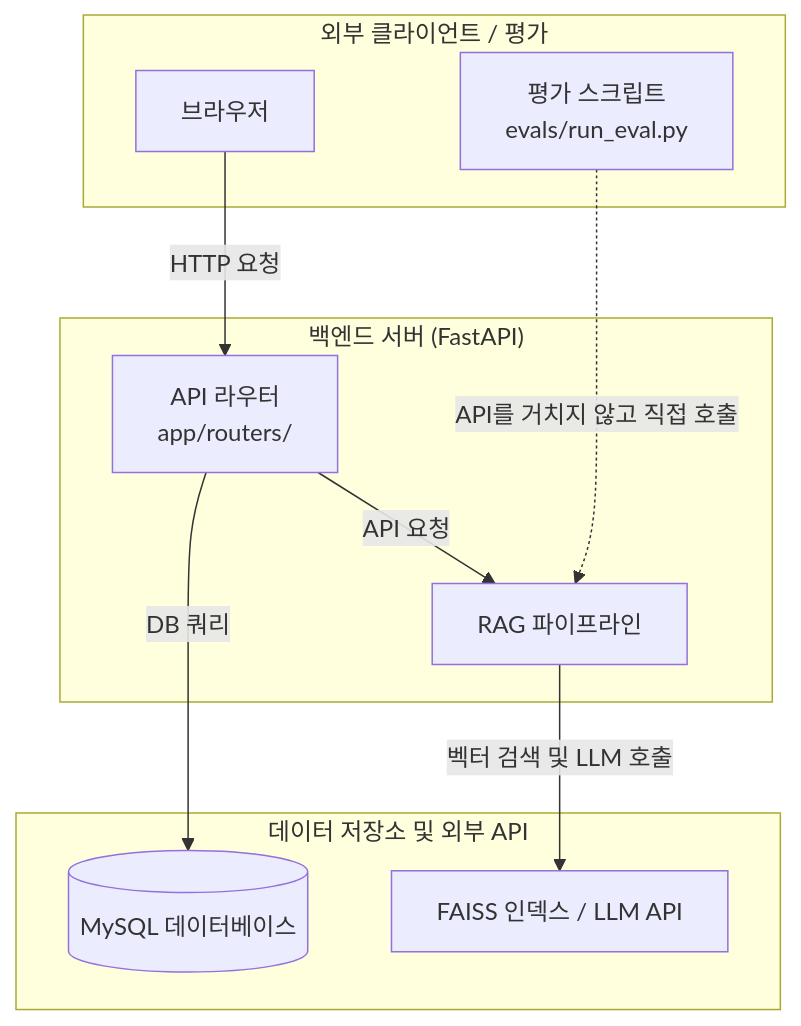
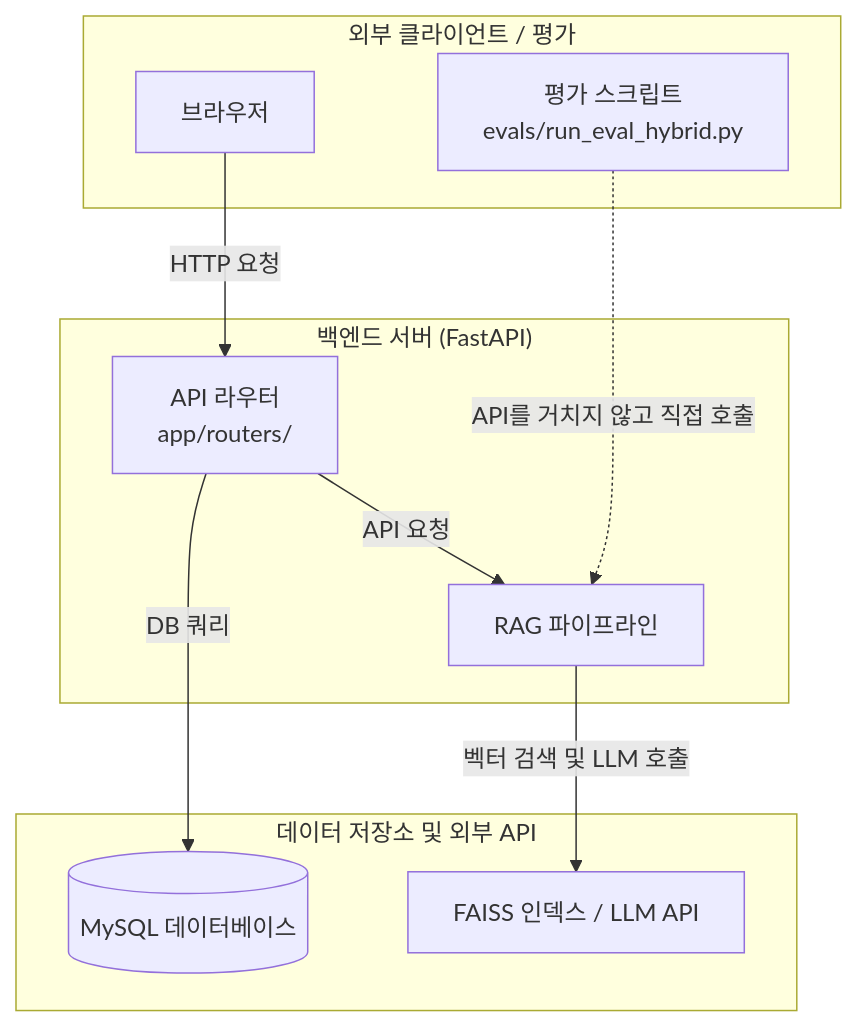
Before and after one commit to Hajungwon01/SKN32-3rd-3Team: the first of 4 diagrams in 산출물/시스템 아키텍처.md, drawn with Mermaid. The commit also changed other lines of this file, not shown here.

Commit message:
docs: 시스템 아키텍처 평가 스크립트명 수정

````diff
--- a/산출물/시스템 아키텍처.md
+++ b/산출물/시스템 아키텍처.md
@@ -13,24 +13,24 @@
 ```mermaid
 graph TD
     subgraph "외부 클라이언트 / 평가"
         Browser[브라우저]
-        Eval[평가 스크립트 <br/> evals/run_eval.py]
+        Eval[평가 스크립트 <br/> evals/run_eval_hybrid.py]
     end
 
     subgraph "백엔드 서버 (FastAPI)"
         Router[API 라우터 <br/> app/routers/]
         RAG[RAG 파이프라인]
         Router -->|API 요청| RAG
     end
 
     subgraph "데이터 저장소 및 외부 API"
         MySQL[(MySQL 데이터베이스)]
         FAISS[FAISS 인덱스 / LLM API]
     end
 
     Browser -->|HTTP 요청| Router
     Eval -.->|API를 거치지 않고 직접 호출| RAG
     Router -->|DB 쿼리| MySQL
     RAG -->|벡터 검색 및 LLM 호출| FAISS
 
 ```
````
